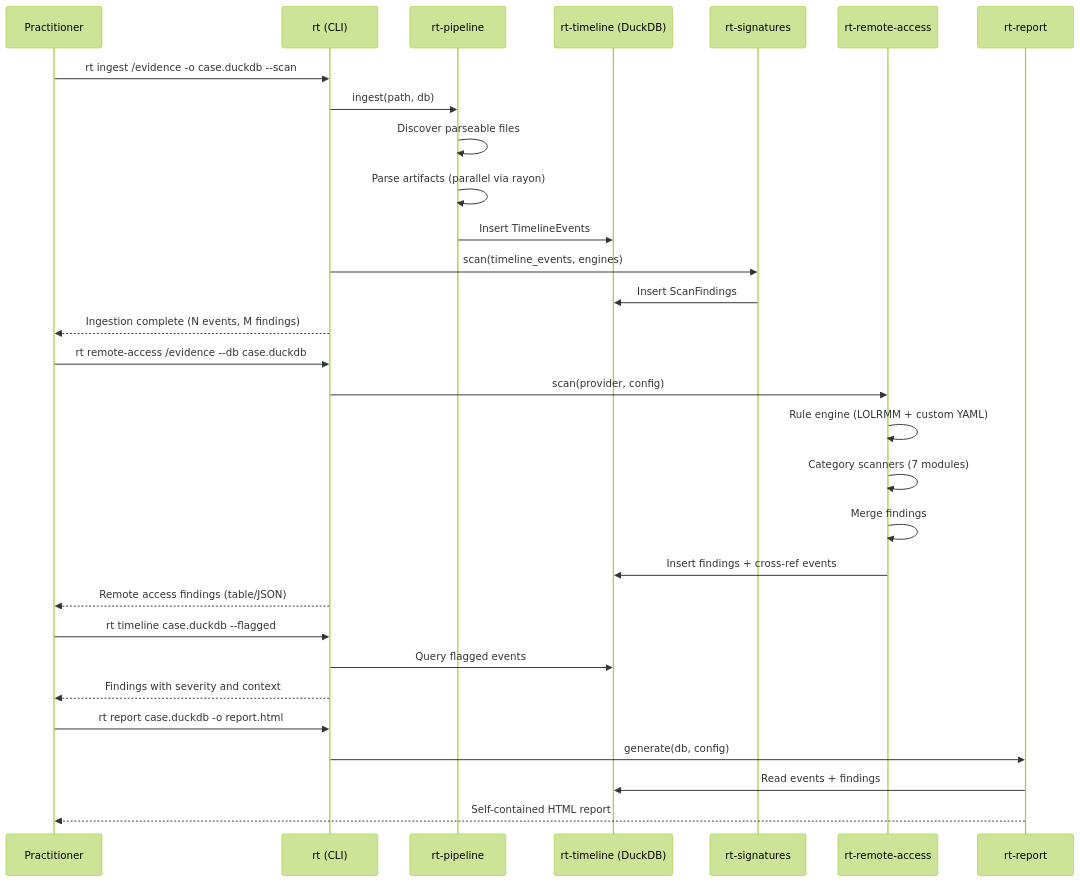
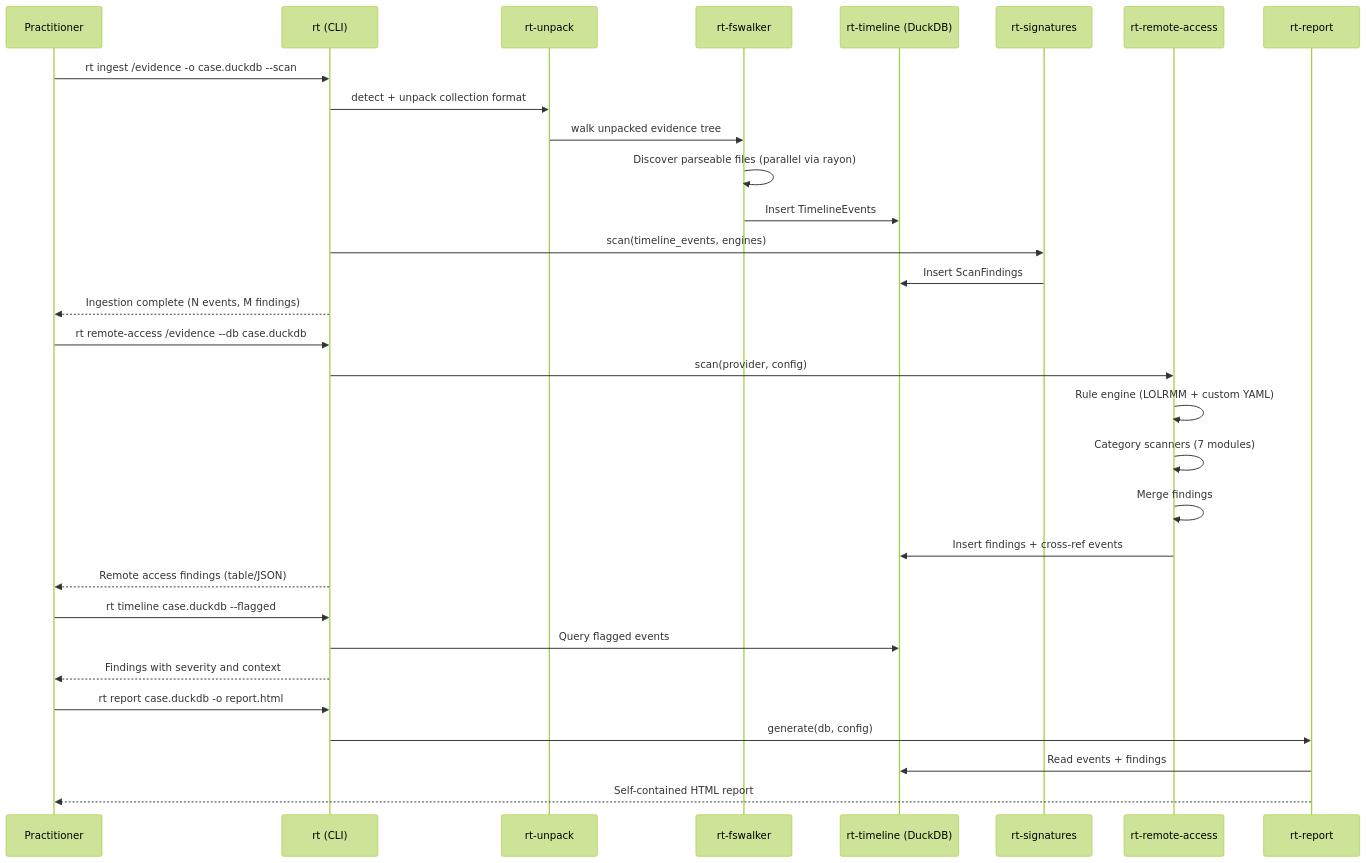
One commit to jwu29/issen changed the eighth of 8 diagrams in docs/ARCHITECTURE.md. Above: the diagram before and after it, drawn with Mermaid (forest theme). The commit also changed other lines of this file and 1 other file, not shown here.

First line of the commit message:
docs: update README and ARCHITECTURE to reflect current 24-crate workspace

````diff
--- a/docs/ARCHITECTURE.md
+++ b/docs/ARCHITECTURE.md
@@ -360,36 +399,37 @@
 ```mermaid
 sequenceDiagram
     participant User as Practitioner
     participant CLI as rt (CLI)
-    participant Pipeline as rt-pipeline
+    participant Unpack as rt-unpack
+    participant Walker as rt-fswalker
     participant Timeline as rt-timeline (DuckDB)
     participant Sigs as rt-signatures
     participant RA as rt-remote-access
     participant Report as rt-report
 
     User->>CLI: rt ingest /evidence -o case.duckdb --scan
-    CLI->>Pipeline: ingest(path, db)
-    Pipeline->>Pipeline: Discover parseable files
-    Pipeline->>Pipeline: Parse artifacts (parallel via rayon)
-    Pipeline->>Timeline: Insert TimelineEvents
+    CLI->>Unpack: detect + unpack collection format
+    Unpack->>Walker: walk unpacked evidence tree
+    Walker->>Walker: Discover parseable files (parallel via rayon)
+    Walker->>Timeline: Insert TimelineEvents
     CLI->>Sigs: scan(timeline_events, engines)
     Sigs->>Timeline: Insert ScanFindings
     CLI-->>User: Ingestion complete (N events, M findings)
 
     User->>CLI: rt remote-access /evidence --db case.duckdb
     CLI->>RA: scan(provider, config)
     RA->>RA: Rule engine (LOLRMM + custom YAML)
     RA->>RA: Category scanners (7 modules)
     RA->>RA: Merge findings
     RA->>Timeline: Insert findings + cross-ref events
     CLI-->>User: Remote access findings (table/JSON)
 
     User->>CLI: rt timeline case.duckdb --flagged
     CLI->>Timeline: Query flagged events
     CLI-->>User: Findings with severity and context
 
     User->>CLI: rt report case.duckdb -o report.html
     CLI->>Report: generate(db, config)
     Report->>Timeline: Read events + findings
     Report-->>User: Self-contained HTML report
 ```
````
